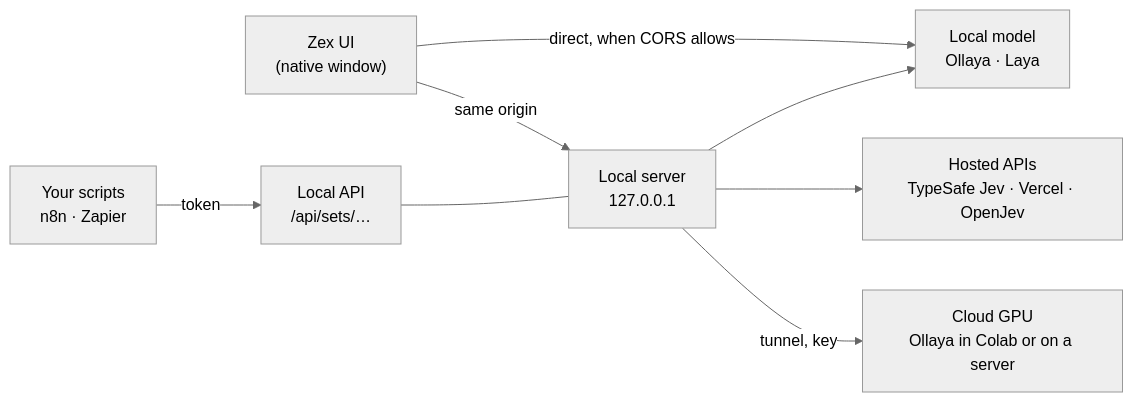
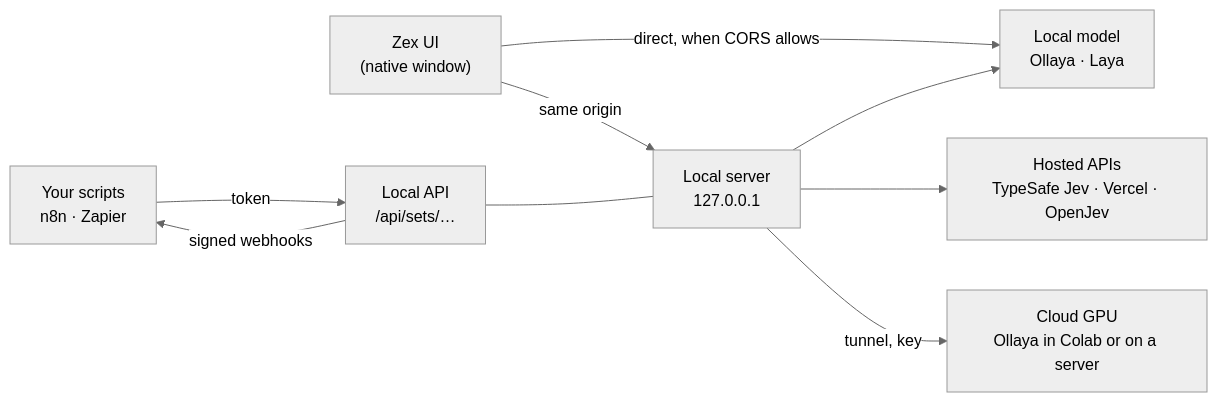
The diagram in README.md (mahdiarfrm/zex), drawn with Mermaid (neutral theme) before and after one commit. The commit also changed other lines of this file and 25 other files, not shown here.

````diff
--- a/README.md
+++ b/README.md
@@ -209,10 +249,11 @@
 ```mermaid
 flowchart LR
   UI["Zex UI<br/>(native window)"] -->|same origin| R["Local server<br/>127.0.0.1"]
   S["Your scripts<br/>n8n · Zapier"] -->|token| A["Local API<br/>/api/sets/…"]
+  A -->|signed webhooks| S
   A --- R
   UI -->|direct, when CORS allows| L["Local model<br/>Ollaya · Laya"]
   R --> L
   R --> C["Hosted APIs<br/>TypeSafe Jev · Vercel · OpenJev"]
   R -->|tunnel, key| G["Cloud GPU<br/>Ollaya in Colab or on a server"]
 ```
````
